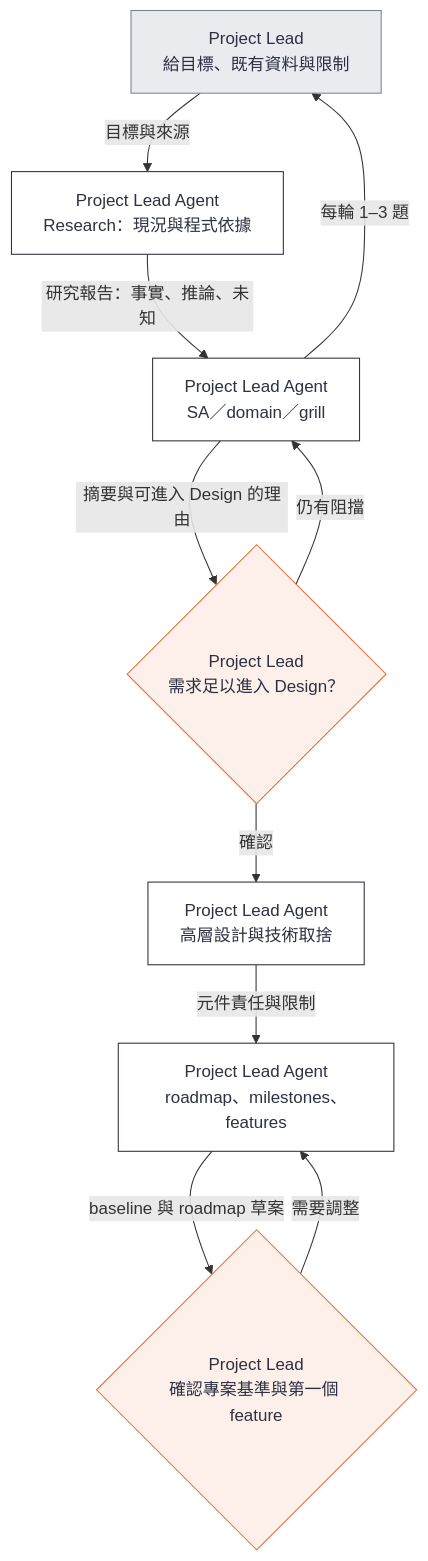
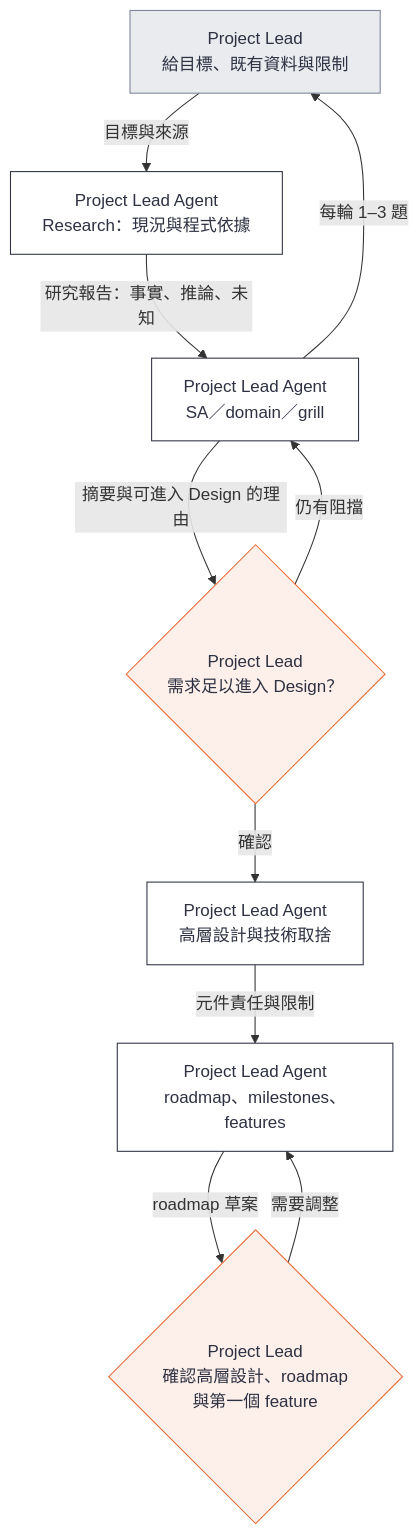
Before and after one commit to ellis429/loop-engineering: the second of 5 diagrams in docs/guide/reference.md, drawn with Mermaid. The commit also changed other lines of this file and 1 other file, not shown here.

First line of the commit message:
docs: name the outer-loop documents instead of a project baseline

````diff
--- a/docs/guide/reference.md
+++ b/docs/guide/reference.md
@@ -105,22 +105,22 @@
 ```mermaid
 flowchart TD
     A["Project Lead<br/>給目標、既有資料與限制"]:::human
     R["Project Lead Agent<br/>Research：現況與程式依據"]:::agent
     S["Project Lead Agent<br/>SA／domain／grill"]:::agent
     C{"Project Lead<br/>需求足以進入 Design？"}:::gate
     D["Project Lead Agent<br/>高層設計與技術取捨"]:::agent
     M["Project Lead Agent<br/>roadmap、milestones、features"]:::agent
-    F{"Project Lead<br/>確認專案基準與第一個 feature"}:::gate
+    F{"Project Lead<br/>確認高層設計、roadmap<br/>與第一個 feature"}:::gate
     A -->|目標與來源| R
     R -->|研究報告：事實、推論、未知| S
     S -->|每輪 1–3 題| A
     S -->|摘要與可進入 Design 的理由| C
     C -->|仍有阻擋| S
     C -->|確認| D
     D -->|元件責任與限制| M
-    M -->|baseline 與 roadmap 草案| F
+    M -->|roadmap 草案| F
     F -->|需要調整| M
     classDef human fill:#e9ebef,stroke:#7a8399,color:#2d3142
     classDef agent fill:#ffffff,stroke:#2d3142,color:#2d3142
     classDef gate fill:#fdf0ea,stroke:#eb6c36,color:#2d3142
 ```
````
